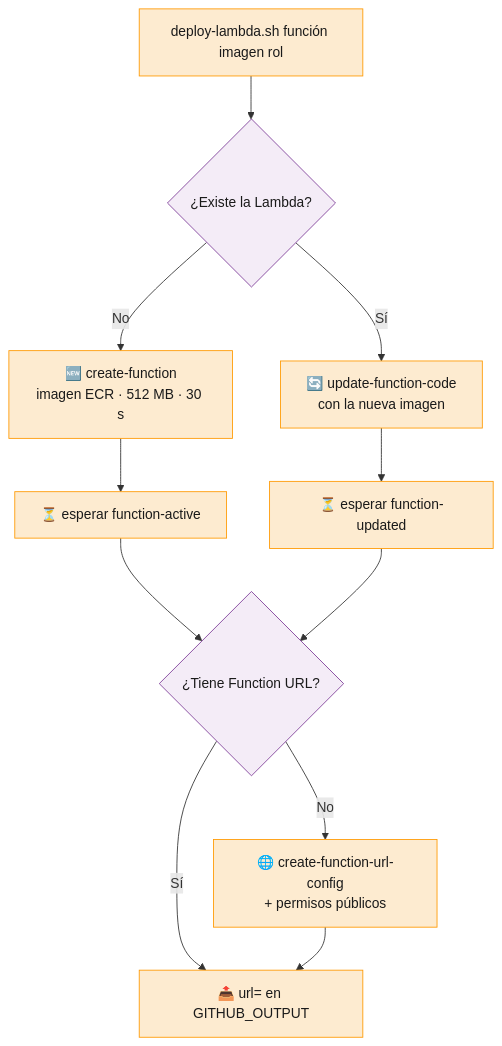
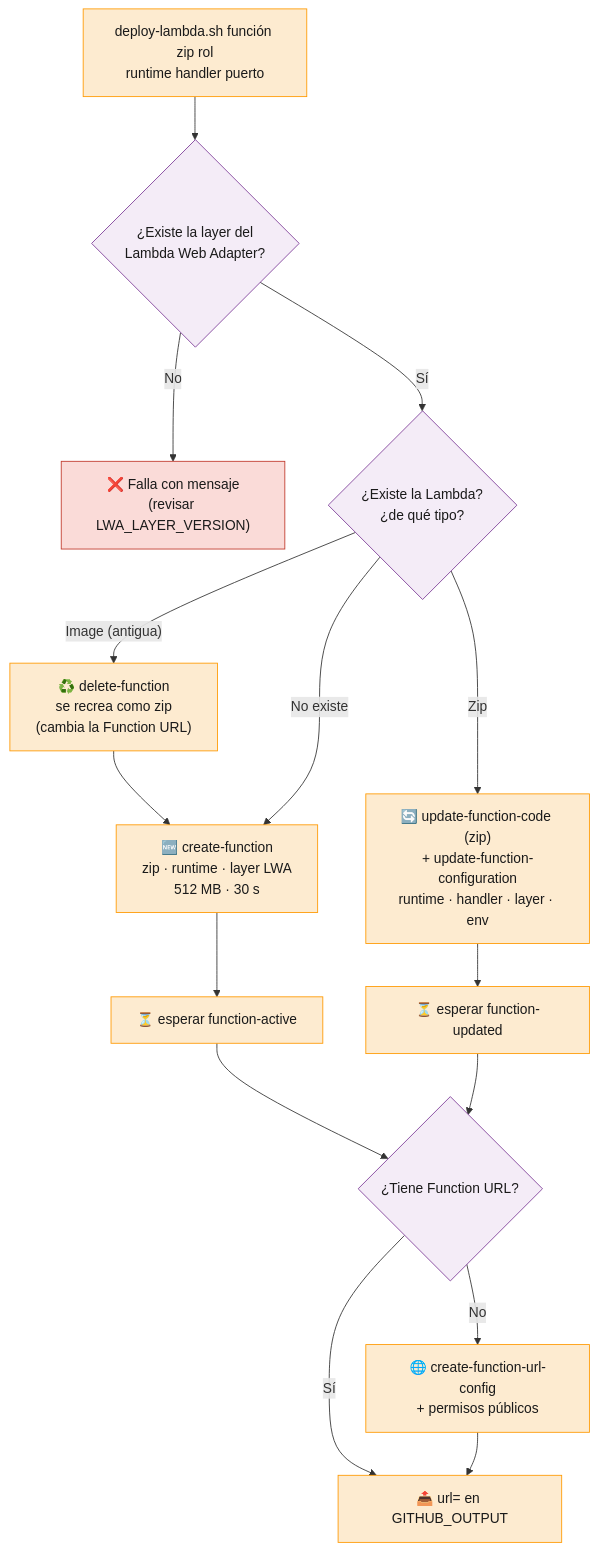
Before and after one commit to yembertQC/Reto_Platform-Enginner_ED-Team: the fifth of 7 diagrams in doc/05-Pipeline-CD-Despliegue.md, drawn with Mermaid. The commit also changed other lines of this file and 28 other files, not shown here.

````diff
--- a/doc/05-Pipeline-CD-Despliegue.md
+++ b/doc/05-Pipeline-CD-Despliegue.md
@@ -142,18 +153,24 @@
 ```mermaid
 flowchart TB
-    IN["deploy-lambda.sh función imagen rol"] --> Q1{"¿Existe la Lambda?"}
-    Q1 -->|"No"| C["🆕 create-function<br/>imagen ECR · 512 MB · 30 s"]
-    Q1 -->|"Sí"| U["🔄 update-function-code<br/>con la nueva imagen"]
+    IN["deploy-lambda.sh función zip rol<br/>runtime handler puerto"] --> L{"¿Existe la layer del<br/>Lambda Web Adapter?"}
+    L -->|"No"| ERR["❌ Falla con mensaje<br/>(revisar LWA_LAYER_VERSION)"]
+    L -->|"Sí"| Q1{"¿Existe la Lambda?<br/>¿de qué tipo?"}
+    Q1 -->|"Image (antigua)"| DEL["♻️ delete-function<br/>se recrea como zip<br/>(cambia la Function URL)"]
+    DEL --> C
+    Q1 -->|"No existe"| C["🆕 create-function<br/>zip · runtime · layer LWA<br/>512 MB · 30 s"]
+    Q1 -->|"Zip"| U["🔄 update-function-code (zip)<br/>+ update-function-configuration<br/>runtime · handler · layer · env"]
     C --> W1["⏳ esperar function-active"]
     U --> W2["⏳ esperar function-updated"]
     W1 --> Q2{"¿Tiene Function URL?"}
     W2 --> Q2
     Q2 -->|"No"| URL["🌐 create-function-url-config<br/>+ permisos públicos"]
     Q2 -->|"Sí"| OUT["📤 url= en GITHUB_OUTPUT"]
     URL --> OUT
 
     classDef q fill:#F4ECF7,stroke:#7D3C98,color:#1a1a1a
     classDef a fill:#FDEBD0,stroke:#FF9900,color:#1a1a1a
-    class Q1,Q2 q
-    class C,U,W1,W2,URL,OUT,IN a
+    classDef err fill:#FADBD8,stroke:#C0392B,color:#1a1a1a
+    class L,Q1,Q2 q
+    class C,U,DEL,W1,W2,URL,OUT,IN a
+    class ERR err
 ```
````
